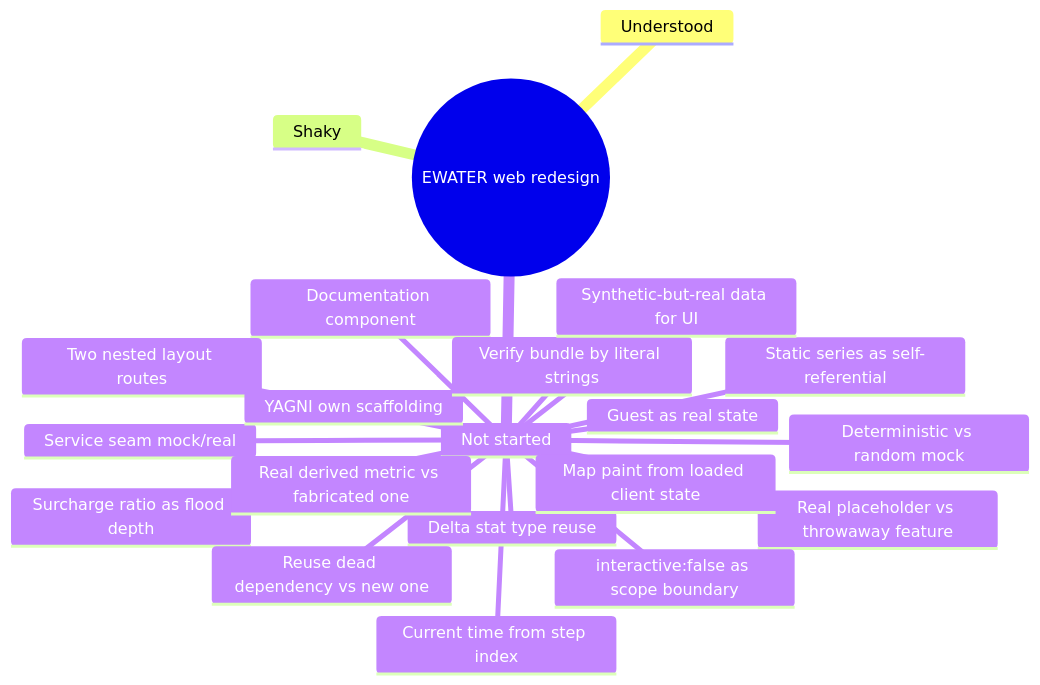
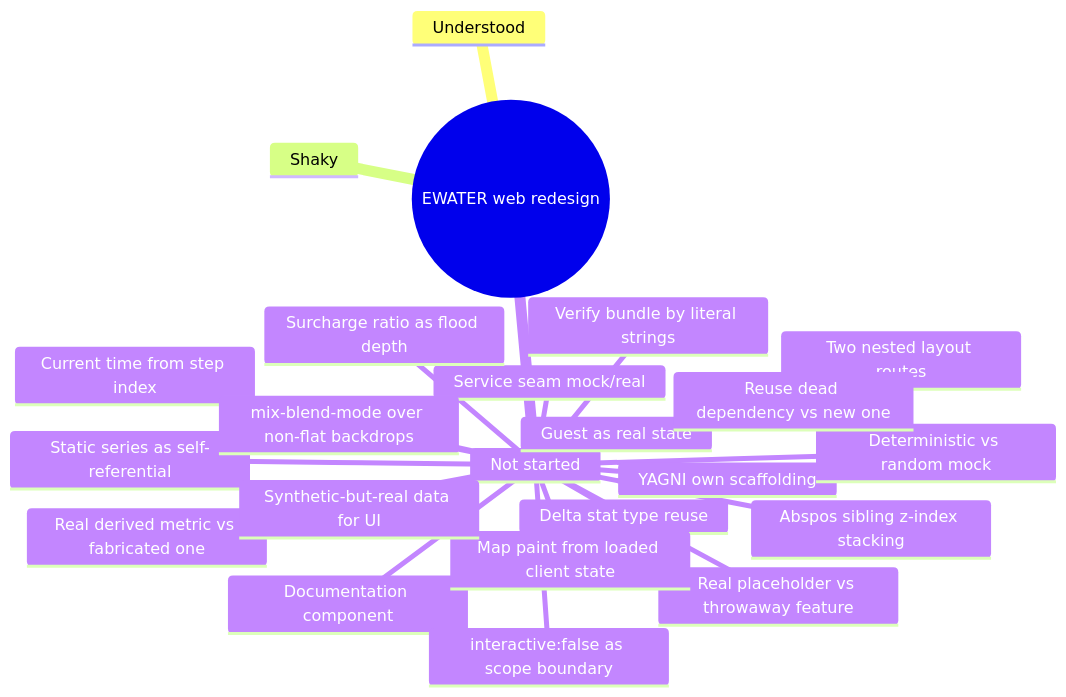
Before and after one commit to Phonghigh/EWATER: the diagram in docs/LEARNING_LOG.md, drawn with Mermaid. The commit also changed other lines of this file and 13 other files, not shown here.

````diff
--- a/docs/LEARNING_LOG.md
+++ b/docs/LEARNING_LOG.md
@@ -36,24 +38,26 @@
 ```mermaid
 mindmap
   root((EWATER web redesign))
     Understood
     Shaky
     Not started
       Delta stat type reuse
       Service seam mock/real
       Guest as real state
       Documentation component
       Two nested layout routes
       YAGNI own scaffolding
       Verify bundle by literal strings
       Surcharge ratio as flood depth
       Deterministic vs random mock
       Current time from step index
       Real placeholder vs throwaway feature
       interactive:false as scope boundary
       Map paint from loaded client state
       Static series as self-referential
       Real derived metric vs fabricated one
       Reuse dead dependency vs new one
       Synthetic-but-real data for UI
+      Abspos sibling z-index stacking
+      mix-blend-mode over non-flat backdrops
 ```
````
